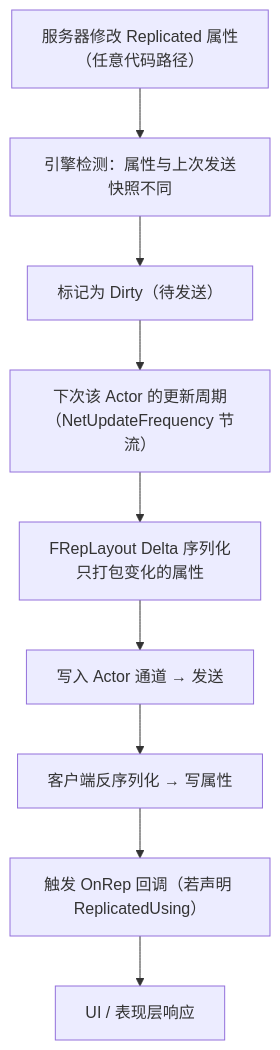
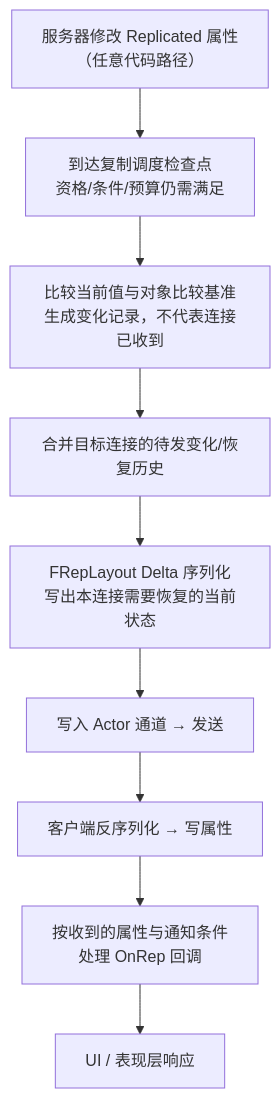
One commit to fantuan812/learning changed the second of 2 diagrams in 知识/07-网络与游戏服务端/状态复制与兴趣管理/02-RPC与属性同步.md. Above: the diagram before and after it, drawn with Mermaid. The commit also changed other lines of this file and 3 other files, not shown here.

````diff
--- a/知识/07-网络与游戏服务端/状态复制与兴趣管理/02-RPC与属性同步.md
+++ b/知识/07-网络与游戏服务端/状态复制与兴趣管理/02-RPC与属性同步.md
@@ -181,11 +181,11 @@
 ```mermaid
 flowchart TD
-    A["服务器修改 Replicated 属性<br/>（任意代码路径）"] --> B["引擎检测：属性与上次发送快照不同"]
-    B --> C["标记为 Dirty（待发送）"]
-    C --> D["下次该 Actor 的更新周期<br/>（NetUpdateFrequency 节流）"]
-    D --> E["FRepLayout Delta 序列化<br/>只打包变化的属性"]
+    A["服务器修改 Replicated 属性<br/>（任意代码路径）"] --> B["到达复制调度检查点<br/>资格/条件/预算仍需满足"]
+    B --> C["比较当前值与对象比较基准<br/>生成变化记录，不代表连接已收到"]
+    C --> D["合并目标连接的待发变化/恢复历史"]
+    D --> E["FRepLayout Delta 序列化<br/>写出本连接需要恢复的当前状态"]
     E --> F["写入 Actor 通道 → 发送"]
     F --> G["客户端反序列化 → 写属性"]
-    G --> H["触发 OnRep 回调（若声明 ReplicatedUsing）"]
+    G --> H["按收到的属性与通知条件<br/>处理 OnRep 回调"]
     H --> I["UI / 表现层响应"]
 ```
````
